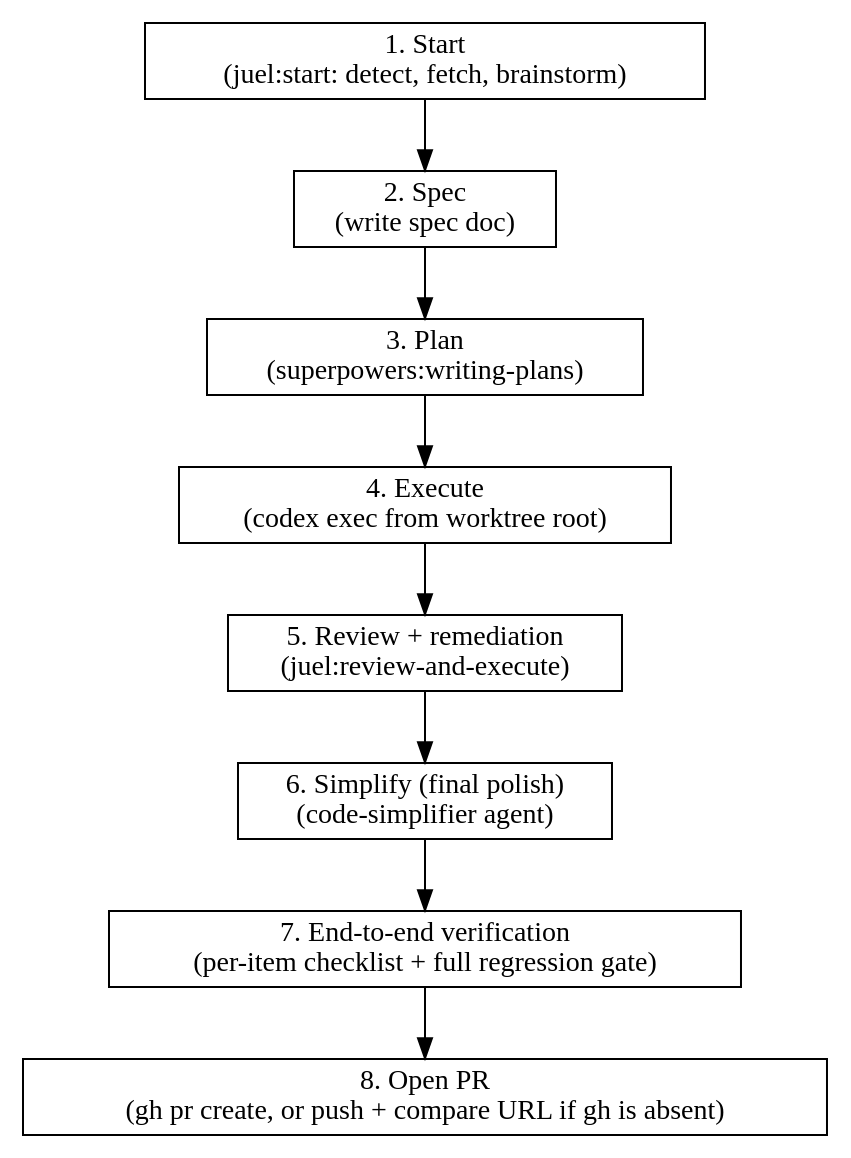
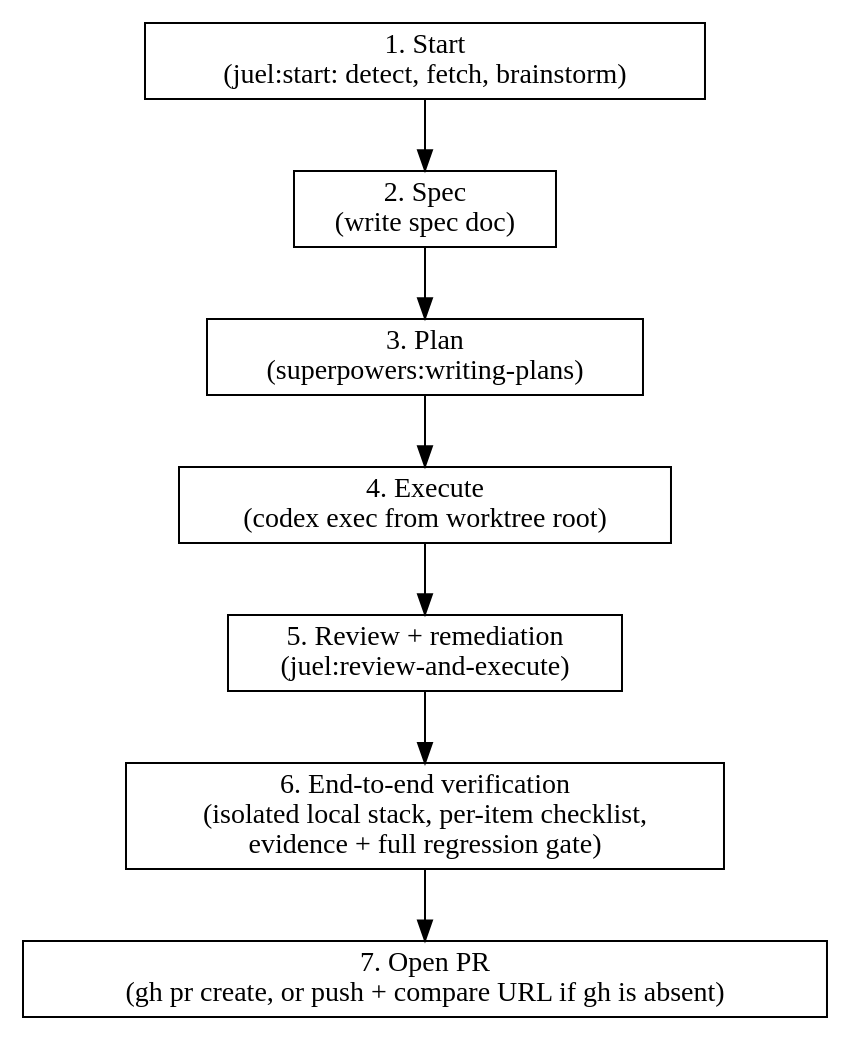
One commit to jrsgacusan/juel-claude changed the diagram in skills/ship-ticket/SKILL.md. Above: the diagram before and after it, drawn with Graphviz. The commit also changed other lines of this file and 1 other file, not shown here.

Commit message:
feat(ship-ticket): drop the simplify phase and verify on an isolated local stack

````diff
--- a/skills/ship-ticket/SKILL.md
+++ b/skills/ship-ticket/SKILL.md
@@ -264,14 +256,13 @@
 ```dot
 digraph flow {
     rankdir=TB; node [shape=box];
     p1 [label="1. Start\n(juel:start: detect, fetch, brainstorm)"];
     p2 [label="2. Spec\n(write spec doc)"];
     p3 [label="3. Plan\n(superpowers:writing-plans)"];
     p4 [label="4. Execute\n(codex exec from worktree root)"];
     p5 [label="5. Review + remediation\n(juel:review-and-execute)"];
-    p6 [label="6. Simplify (final polish)\n(code-simplifier agent)"];
-    p7 [label="7. End-to-end verification\n(per-item checklist + full regression gate)"];
-    p8 [label="8. Open PR\n(gh pr create, or push + compare URL if gh is absent)"];
-    p1 -> p2 -> p3 -> p4 -> p5 -> p6 -> p7 -> p8;
+    p6 [label="6. End-to-end verification\n(isolated local stack, per-item checklist,\nevidence + full regression gate)"];
+    p7 [label="7. Open PR\n(gh pr create, or push + compare URL if gh is absent)"];
+    p1 -> p2 -> p3 -> p4 -> p5 -> p6 -> p7;
 }
 ```
````
